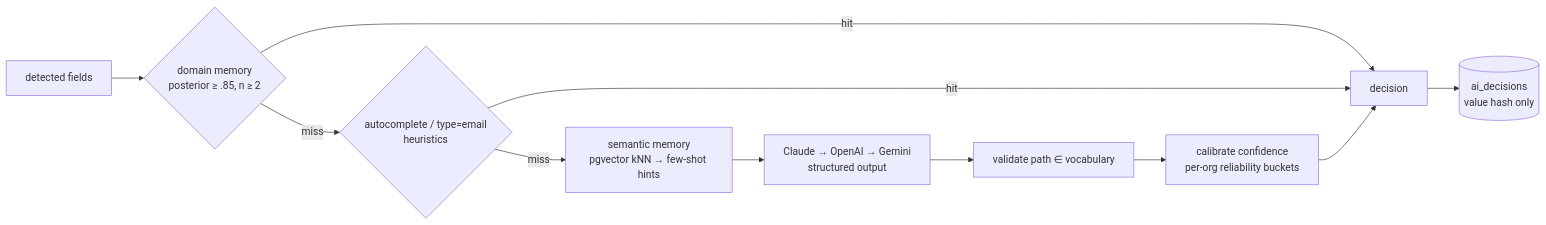
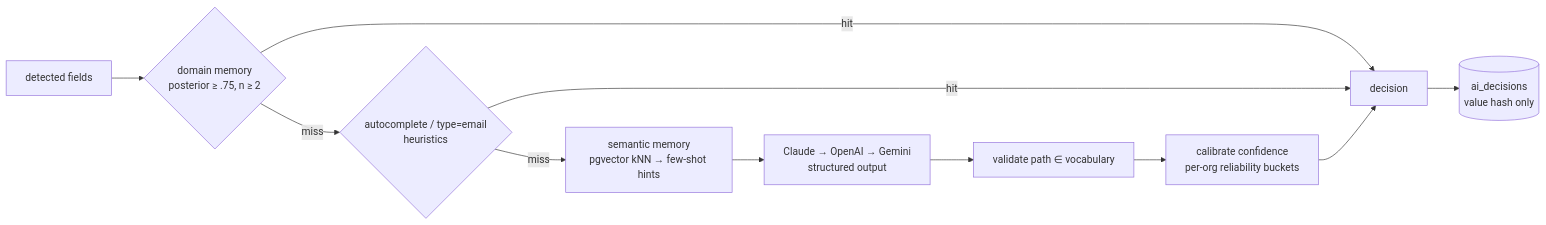
One commit to Torvian-dev/SignUP changed the fifth of 6 diagrams in docs/ARCHITECTURE.md. Above: the diagram before and after it, drawn with Mermaid. The commit also changed other lines of this file and 35 other files, not shown here.

````diff
--- a/docs/ARCHITECTURE.md
+++ b/docs/ARCHITECTURE.md
@@ -172,13 +172,13 @@
 ```mermaid
 flowchart LR
-  F[detected fields] --> M1{domain memory<br/>posterior ≥ .85, n ≥ 2}
+  F[detected fields] --> M1{domain memory<br/>posterior ≥ .75, n ≥ 2}
   M1 -- hit --> D[decision]
   M1 -- miss --> H{autocomplete / type=email<br/>heuristics}
   H -- hit --> D
   H -- miss --> E[semantic memory<br/>pgvector kNN → few-shot hints]
   E --> LLM[Claude → OpenAI → Gemini<br/>structured output]
   LLM --> V[validate path ∈ vocabulary]
   V --> CAL[calibrate confidence<br/>per-org reliability buckets]
   CAL --> D
   D --> DB[(ai_decisions<br/>value hash only)]
 ```
````
